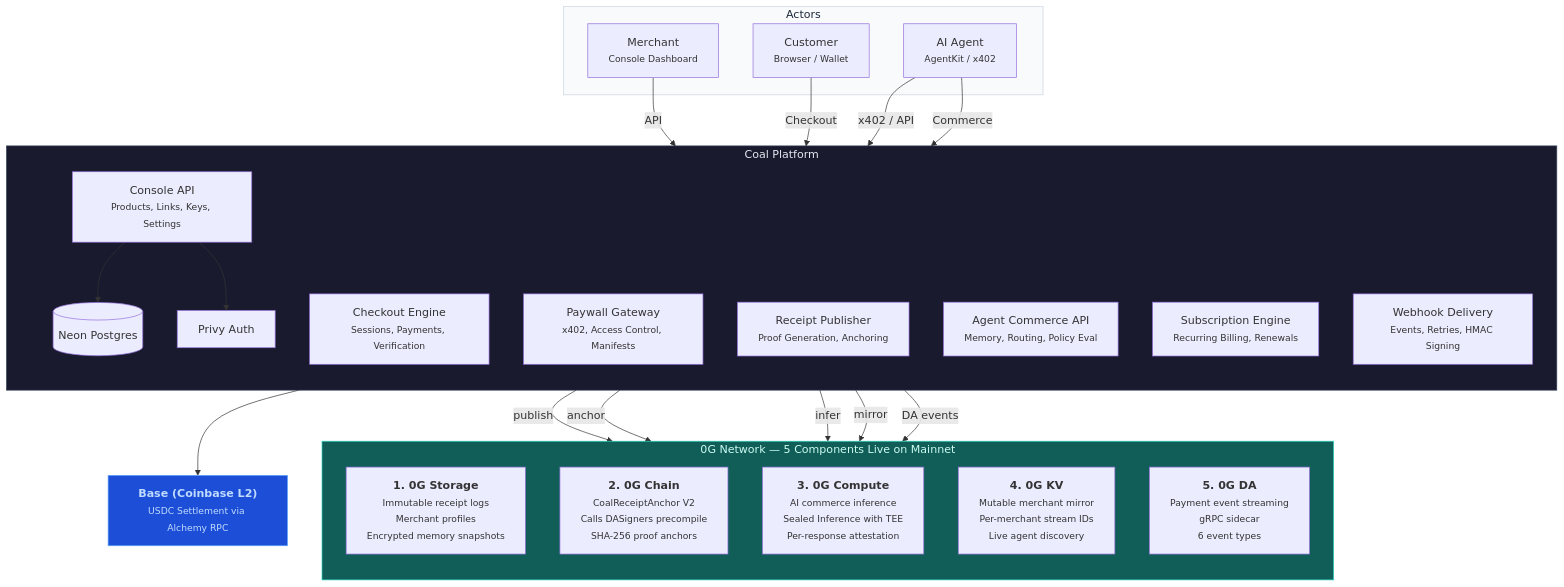
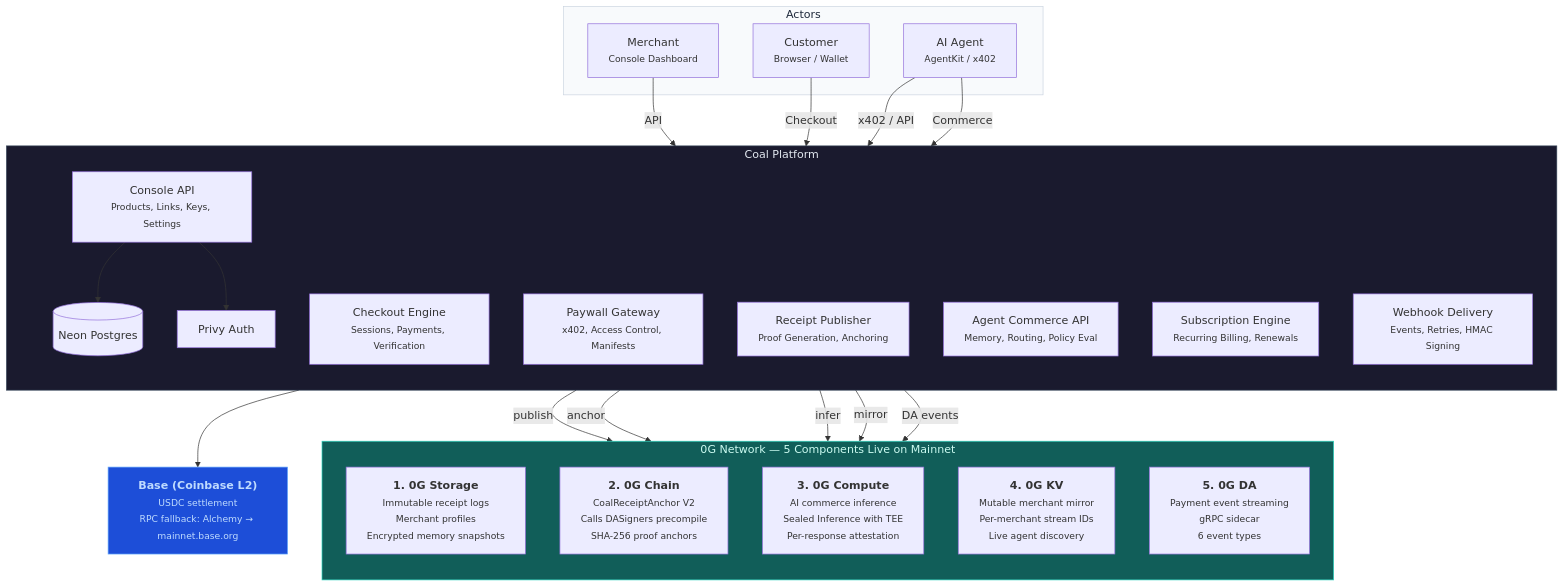
The diagram in README.md (emmanuel39hanks/coal), drawn with Mermaid before and after one commit. The commit also changed other lines of this file and 3 other files, not shown here.

````diff
--- a/README.md
+++ b/README.md
@@ -67,52 +83,52 @@
 ```mermaid
 flowchart TB
     subgraph Actors
         M["Merchant<br/><small>Console Dashboard</small>"]
         C["Customer<br/><small>Browser / Wallet</small>"]
         AG["AI Agent<br/><small>AgentKit / x402</small>"]
     end
 
     subgraph Coal["Coal Platform"]
         direction TB
         API["Console API<br/><small>Products, Links, Keys, Settings</small>"]
         CHK["Checkout Engine<br/><small>Sessions, Payments, Verification</small>"]
         PW["Paywall Gateway<br/><small>x402, Access Control, Manifests</small>"]
         RP["Receipt Publisher<br/><small>Proof Generation, Anchoring</small>"]
         ACI["Agent Commerce API<br/><small>Memory, Routing, Policy Eval</small>"]
         SUB["Subscription Engine<br/><small>Recurring Billing, Renewals</small>"]
         WH["Webhook Delivery<br/><small>Events, Retries, HMAC Signing</small>"]
         DB[("Neon Postgres")]
         AUTH["Privy Auth"]
     end
 
     subgraph ZG["0G Network — 5 Components Live on Mainnet"]
         direction TB
         ZGS["<b>1. 0G Storage</b><br/><small>Immutable receipt logs<br/>Merchant profiles<br/>Encrypted memory snapshots</small>"]
         ZGC["<b>2. 0G Chain</b><br/><small>CoalReceiptAnchor V2<br/>Calls DASigners precompile<br/>SHA-256 proof anchors</small>"]
         ZGX["<b>3. 0G Compute</b><br/><small>AI commerce inference<br/>Sealed Inference with TEE<br/>Per-response attestation</small>"]
         ZGK["<b>4. 0G KV</b><br/><small>Mutable merchant mirror<br/>Per-merchant stream IDs<br/>Live agent discovery</small>"]
         ZGD["<b>5. 0G DA</b><br/><small>Payment event streaming<br/>gRPC sidecar<br/>6 event types</small>"]
     end
 
-    BASE["<b>Base (Coinbase L2)</b><br/><small>USDC Settlement via Alchemy RPC</small>"]
+    BASE["<b>Base (Coinbase L2)</b><br/><small>USDC settlement<br/>RPC fallback: Alchemy → mainnet.base.org</small>"]
 
     M -->|API| API
     C -->|Checkout| CHK
     AG -->|x402 / API| PW
     AG -->|Commerce| ACI
 
     RP -->|publish| ZGS
     RP -->|anchor| ZGC
     ACI -->|infer| ZGX
     API -->|mirror| ZGK
     RP -->|DA events| ZGD
 
     CHK --> BASE
     API --> DB
     API --> AUTH
 
     style Coal fill:#1a1a2e,stroke:#334155,color:#e2e8f0
     style ZG fill:#115e59,stroke:#2dd4bf,color:#ccfbf1
     style BASE fill:#1d4ed8,stroke:#60a5fa,color:#bfdbfe
     style Actors fill:#f8fafc,stroke:#cbd5e1,color:#1e293b
 ```
````
